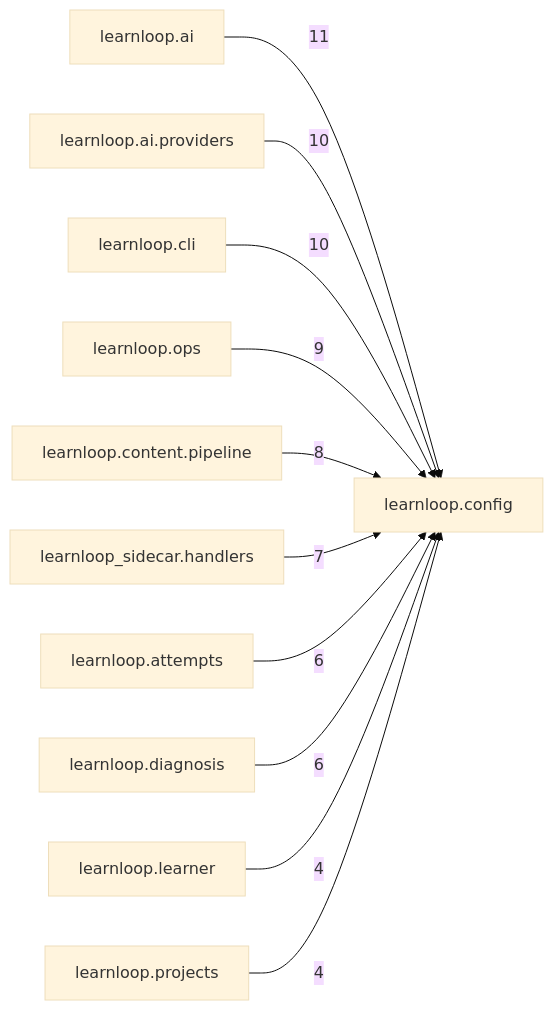
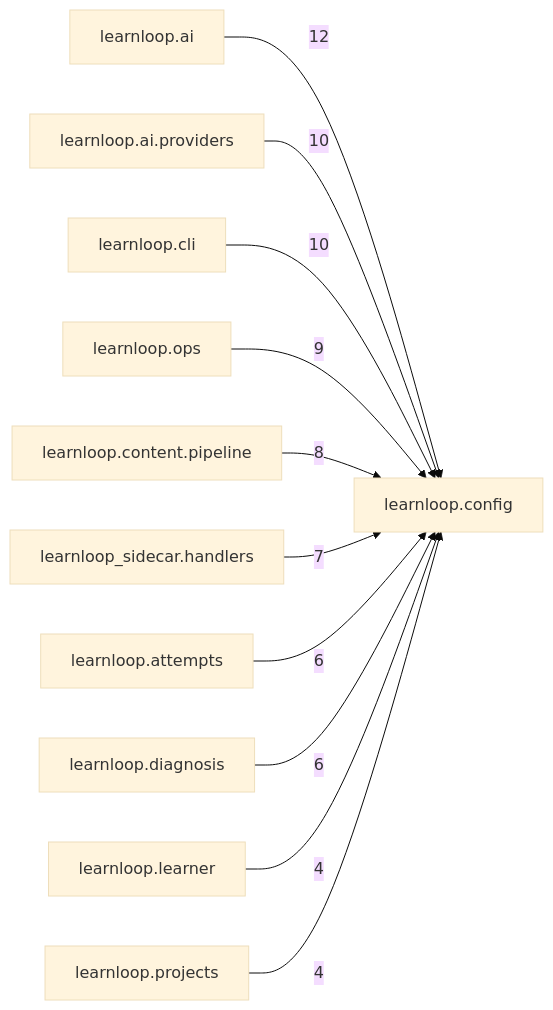
The diagram in docs/learnloop-architecture-vault/Reference/Modules/learnloop/config/_package.md (6up-b/learnanything), drawn with Mermaid (base theme) before and after one commit. The commit also changed other lines of this file and 85 other files, not shown here.

````diff
--- a/docs/learnloop-architecture-vault/Reference/Modules/learnloop/config/_package.md
+++ b/docs/learnloop-architecture-vault/Reference/Modules/learnloop/config/_package.md
@@ -112,24 +112,24 @@
 ```mermaid
 flowchart LR
     center["learnloop.config"]
     n_learnloop_ai["learnloop.ai"]
     n_learnloop_ai_providers["learnloop.ai.providers"]
     n_learnloop_cli["learnloop.cli"]
     n_learnloop_ops["learnloop.ops"]
     n_learnloop_content_pipeline["learnloop.content.pipeline"]
     n_learnloop_sidecar_handlers["learnloop_sidecar.handlers"]
     n_learnloop_attempts["learnloop.attempts"]
     n_learnloop_diagnosis["learnloop.diagnosis"]
     n_learnloop_learner["learnloop.learner"]
     n_learnloop_projects["learnloop.projects"]
-    n_learnloop_ai -->|11| center
+    n_learnloop_ai -->|12| center
     n_learnloop_ai_providers -->|10| center
     n_learnloop_cli -->|10| center
     n_learnloop_ops -->|9| center
     n_learnloop_content_pipeline -->|8| center
     n_learnloop_sidecar_handlers -->|7| center
     n_learnloop_attempts -->|6| center
     n_learnloop_diagnosis -->|6| center
     n_learnloop_learner -->|4| center
     n_learnloop_projects -->|4| center
 ```
````
